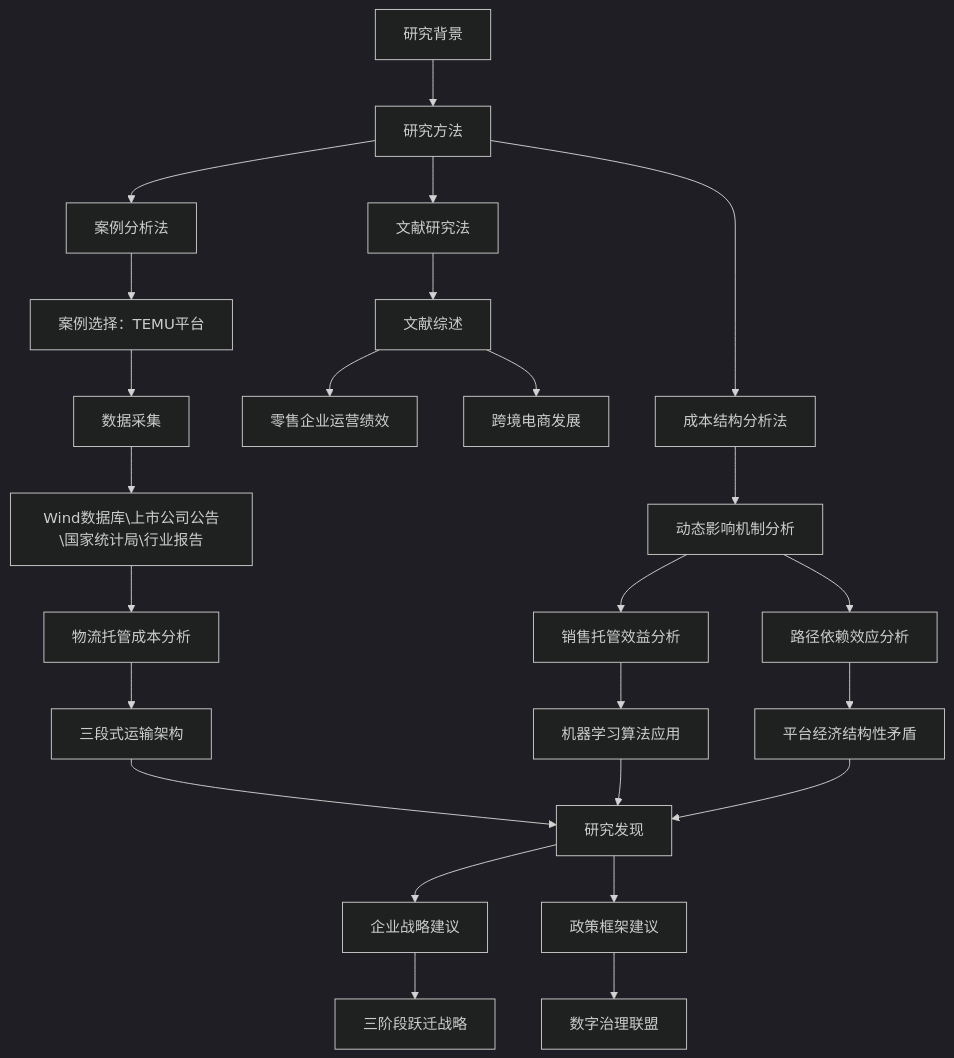
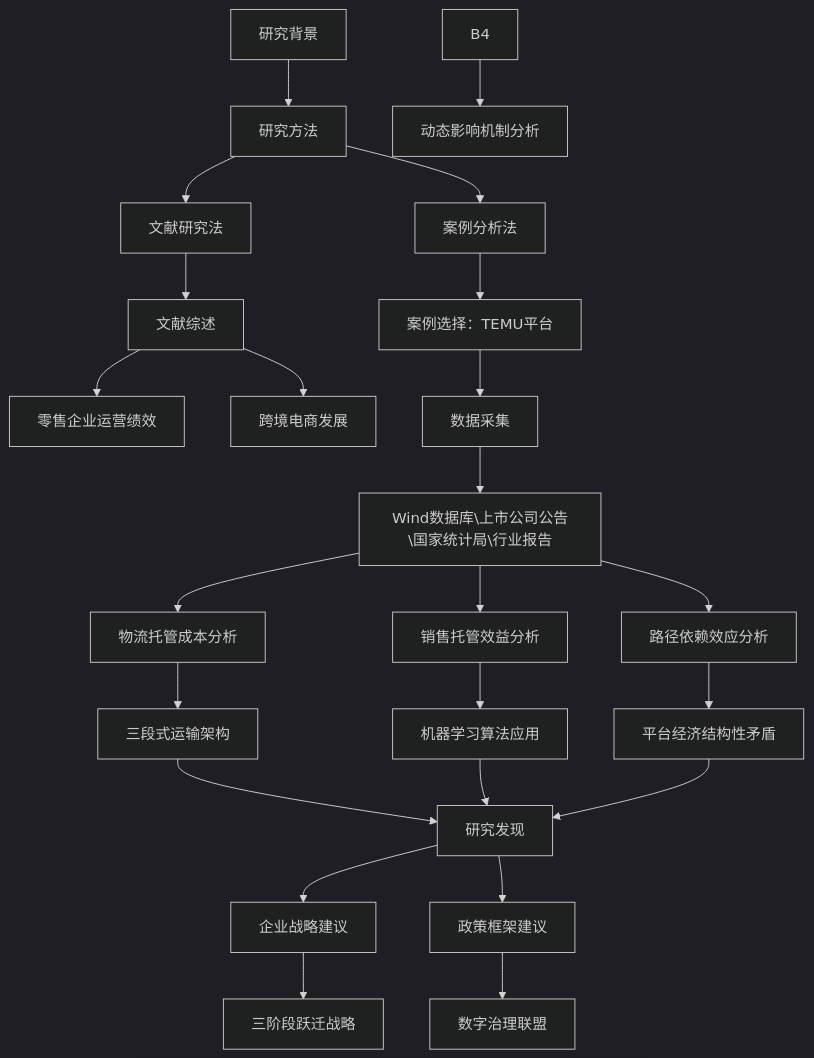
The diagram in all/未命名.md (Zora0203/iodraw-files), drawn with Mermaid (dark theme) before and after one commit.

Commit message:
2025-03-02 19:28:30 update

````diff
--- a/all/未命名.md
+++ b/all/未命名.md
@@ -1,37 +1,36 @@
 ```mermaid
 graph TD
     A[研究背景] --> B[研究方法]
     B --> B1[文献研究法]
     B --> B2[案例分析法]
 
-    B --> B4[成本结构分析法]
-
+ 
     
     B1 --> C[文献综述]
     C --> C1[零售企业运营绩效]
     C --> C2[跨境电商发展]
 
     
     B2 --> D[案例选择：TEMU平台]
     D --> D1[数据采集]
     D1 --> D11[Wind数据库\上市公司公告\国家统计局\行业报告]
 
     
     B4 --> E[动态影响机制分析]
     D11--> E1[物流托管成本分析]
-    E --> E2[销售托管效益分析]
-    E --> E3[路径依赖效应分析]
+   D11 --> E2[销售托管效益分析]
+    D11 --> E3[路径依赖效应分析]
     
     E1 --> F[三段式运输架构]
     E2 --> G[机器学习算法应用]
     E3 --> H[平台经济结构性矛盾]
     
     F & G & H --> I[研究发现]
     I --> J[企业战略建议]
     I --> K[政策框架建议]
     
     J --> J1[三阶段跃迁战略]
     K --> K1[数字治理联盟]
     
 
 ```
````
